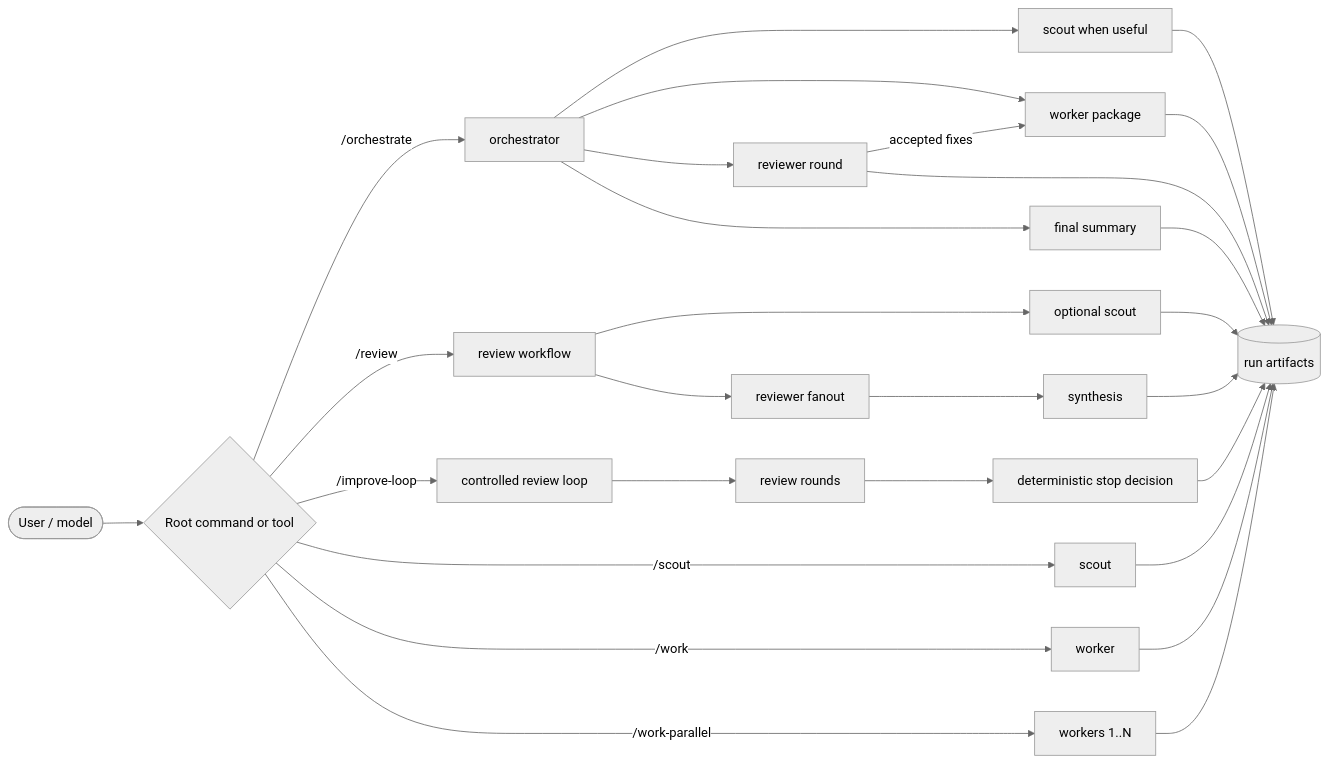
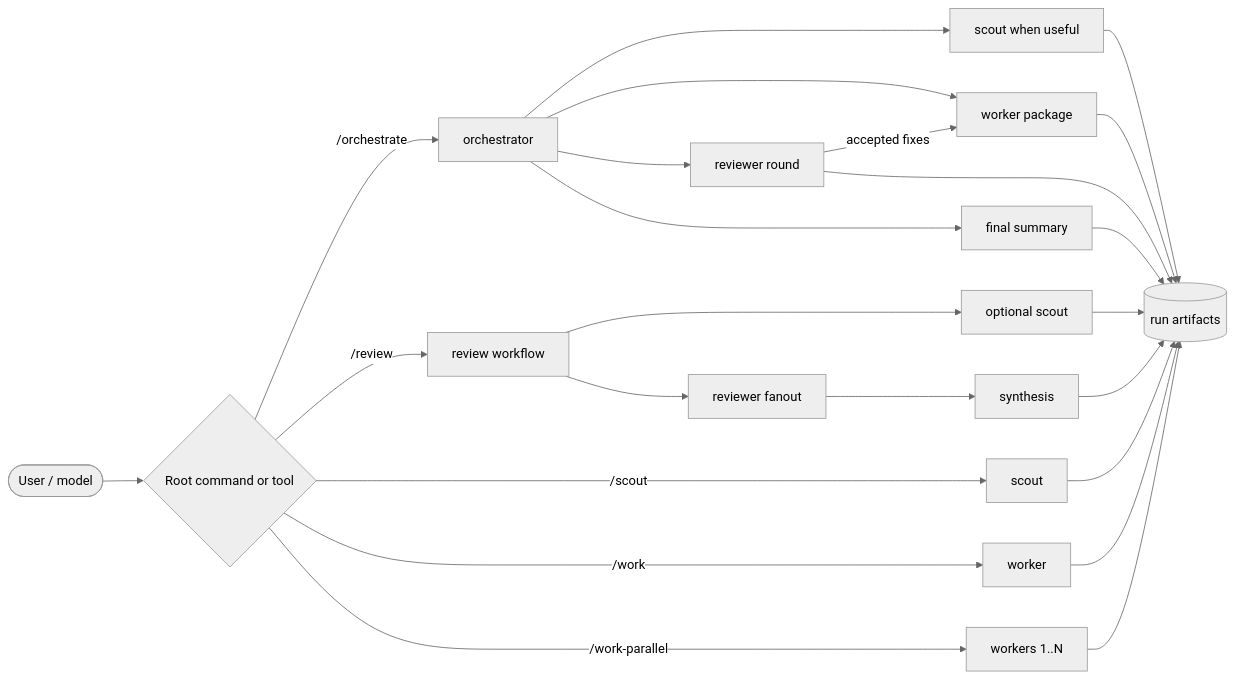
One commit to SkipXS/pi-simple-subagents changed the first of 4 diagrams in README.md. Above: the diagram before and after it, drawn with Mermaid (neutral theme). The commit also changed other lines of this file and 7 other files, not shown here.

````diff
--- a/README.md
+++ b/README.md
@@ -24,35 +24,30 @@
 ```mermaid
 flowchart LR
   User([User / model]) --> Root{Root command or tool}
 
   Root -->|/orchestrate| O[orchestrator]
   O --> OS[scout when useful]
   O --> OW[worker package]
   O --> OR[reviewer round]
   OR -->|accepted fixes| OW
   O --> OF[final summary]
 
   Root -->|/review| RF[review workflow]
   RF --> RS[optional scout]
   RF --> RR[reviewer fanout]
   RR --> SYN[synthesis]
 
-  Root -->|/improve-loop| IL[controlled review loop]
-  IL --> ILR[review rounds]
-  ILR --> ILD[deterministic stop decision]
-
   Root -->|/scout| S[scout]
   Root -->|/work| W[worker]
   Root -->|/work-parallel| WP[workers 1..N]
 
   OS --> Artifacts[(run artifacts)]
   OW --> Artifacts
   OR --> Artifacts
   OF --> Artifacts
   RS --> Artifacts
   SYN --> Artifacts
-  ILD --> Artifacts
   S --> Artifacts
   W --> Artifacts
   WP --> Artifacts
 ```
````
